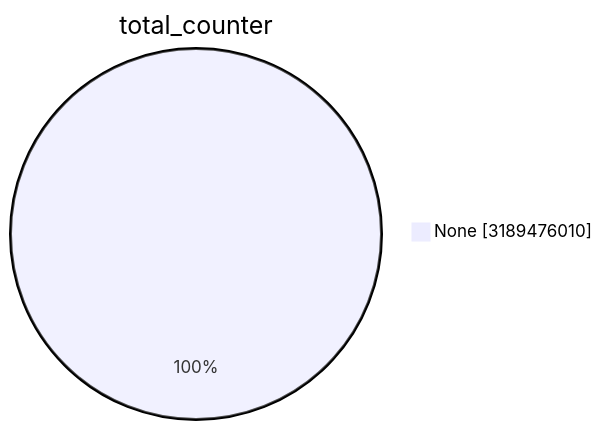
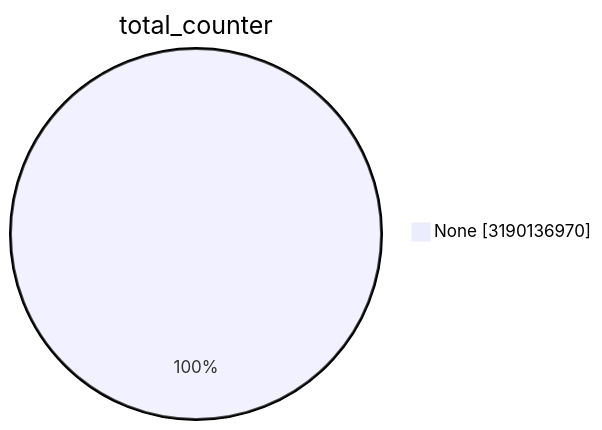
One commit to christiankrug/ctmonitor_visualization changed the first of 15 diagrams in TOTAL/README.md. Above: the diagram before and after it, drawn with Mermaid. The commit also changed other lines of this file, not shown here.

````diff
--- a/TOTAL/README.md
+++ b/TOTAL/README.md
@@ -1,5 +1,5 @@
 ```mermaid
 pie showData
 title total_counter
-"None" :3189476010
+"None" :3190136970
 ```
````
